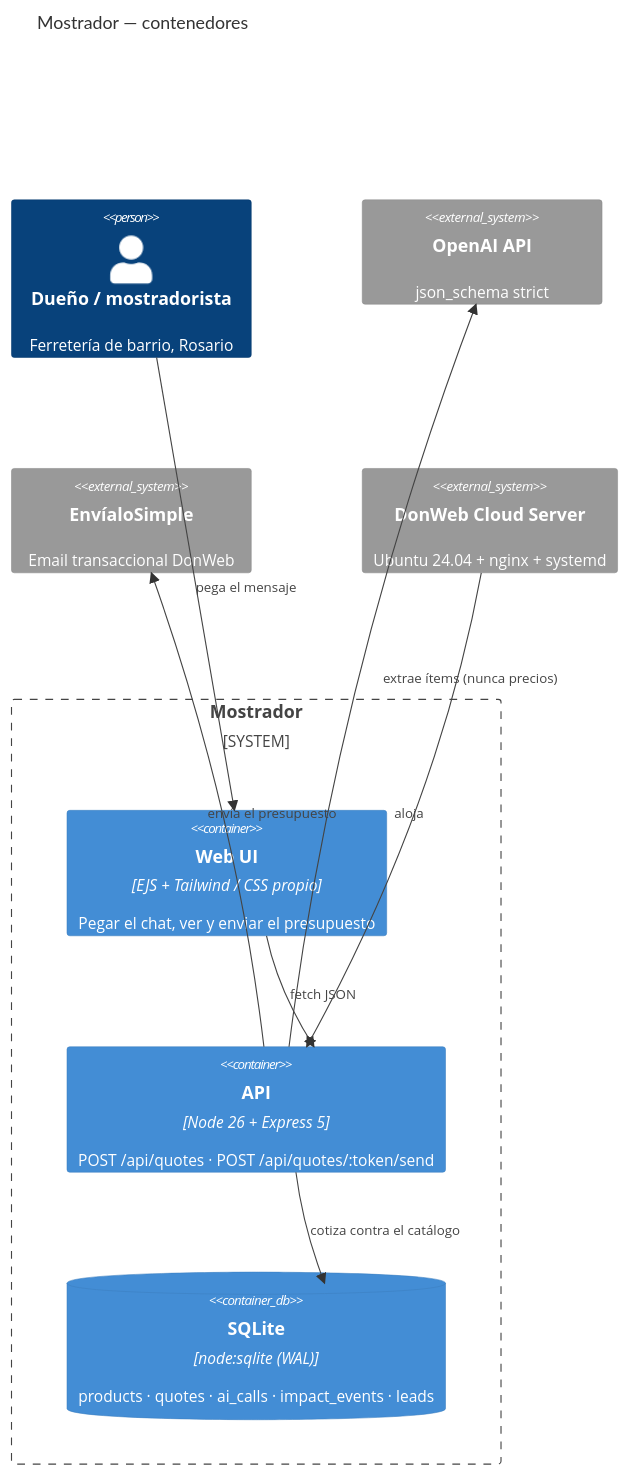
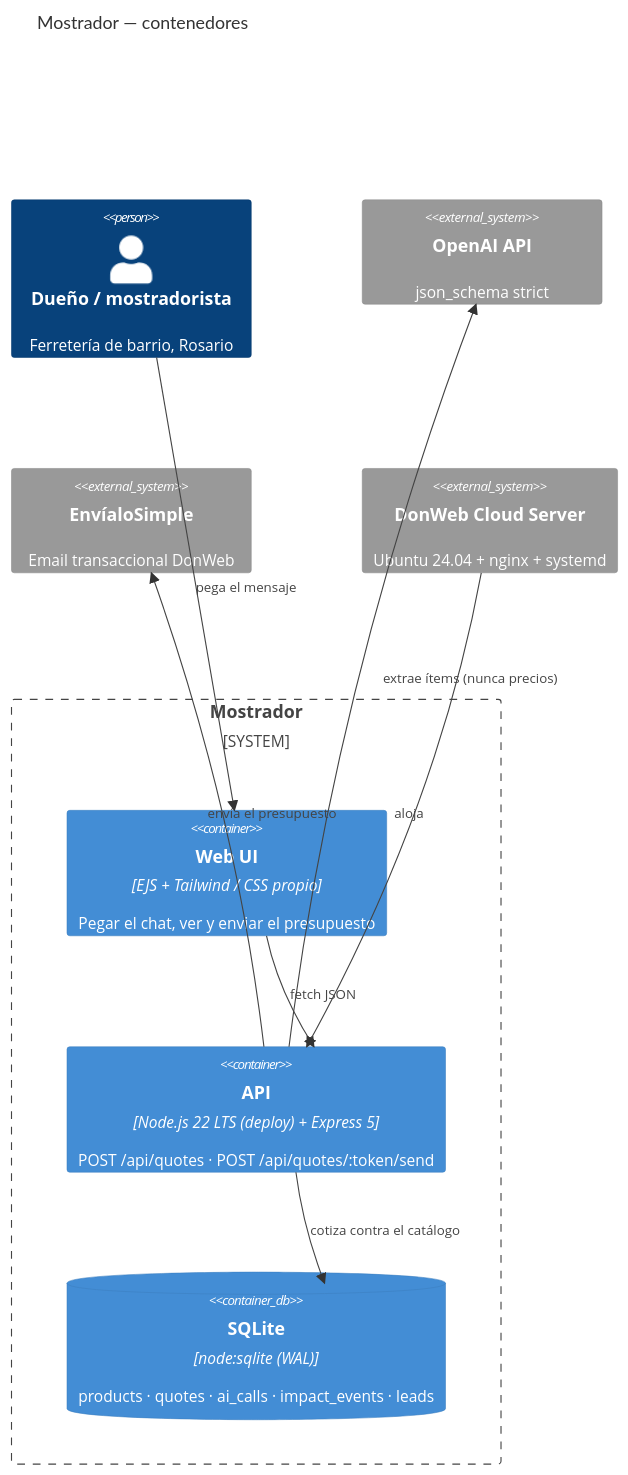
The diagram in README.md (JuanLunaIA/mostrador), drawn with Mermaid before and after one commit. The commit also changed other lines of this file and 1 other file, not shown here.

First line of the commit message:
docs: atestacion de verificacion en produccion + fix de version de Node

````diff
--- a/README.md
+++ b/README.md
@@ -68,19 +68,19 @@
 ```mermaid
 C4Container
     title Mostrador — contenedores
     Person(duenio, "Dueño / mostradorista", "Ferretería de barrio, Rosario")
     System_Boundary(app, "Mostrador") {
       Container(web, "Web UI", "EJS + Tailwind / CSS propio", "Pegar el chat, ver y enviar el presupuesto")
-      Container(api, "API", "Node 26 + Express 5", "POST /api/quotes · POST /api/quotes/:token/send")
+      Container(api, "API", "Node.js 22 LTS (deploy) + Express 5", "POST /api/quotes · POST /api/quotes/:token/send")
       ContainerDb(db, "SQLite", "node:sqlite (WAL)", "products · quotes · ai_calls · impact_events · leads")
     }
     System_Ext(openai, "OpenAI API", "json_schema strict")
     System_Ext(es, "EnvíaloSimple", "Email transaccional DonWeb")
     System_Ext(cloud, "DonWeb Cloud Server", "Ubuntu 24.04 + nginx + systemd")
     Rel(duenio, web, "pega el mensaje")
     Rel(web, api, "fetch JSON")
     Rel(api, openai, "extrae ítems (nunca precios)")
     Rel(api, db, "cotiza contra el catálogo")
     Rel(api, es, "envía el presupuesto")
     Rel(cloud, api, "aloja")
 ```
````
